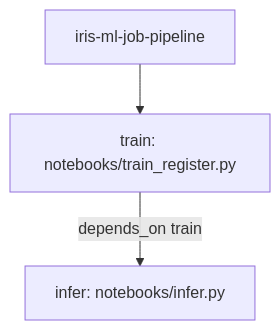
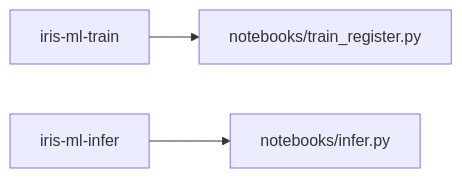
Before and after one commit to akumawavez/iris-ml-prod-test: the second of 4 diagrams in docs/guides/eli25-databricks-productionalisation.md, drawn with Mermaid. The commit also changed other lines of this file and 20 other files, not shown here.

````diff
--- a/docs/guides/eli25-databricks-productionalisation.md
+++ b/docs/guides/eli25-databricks-productionalisation.md
@@ -101,5 +105,5 @@
 ```mermaid
-flowchart TD
-  pipeline["iris-ml-job-pipeline"] --> trainTask["train: notebooks/train_register.py"]
-  trainTask -->|"depends_on train"| inferTask["infer: notebooks/infer.py"]
+flowchart LR
+  trainJob["iris-ml-train"] --> trainTask["notebooks/train_register.py"]
+  inferJob["iris-ml-infer"] --> inferTask["notebooks/infer.py"]
 ```
````
